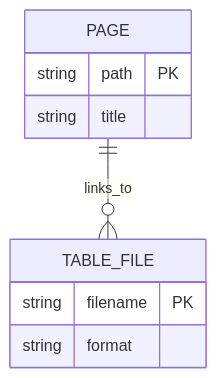
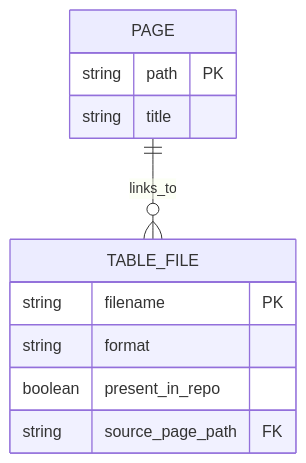
Before and after one commit to cosbykit-afk/R-Theory: the third of 3 diagrams in docs/architecture.md, drawn with Mermaid. The commit also changed other lines of this file, not shown here.

Commit message:
docs: improve architecture diagrams — grounded context, DFD, and ERD

````diff
--- a/docs/architecture.md
+++ b/docs/architecture.md
@@ -48,12 +51,14 @@
 ```mermaid
 erDiagram
     PAGE {
         string path PK
         string title
     }
     TABLE_FILE {
         string filename PK
         string format
+        boolean present_in_repo
+        string source_page_path FK
     }
     PAGE ||--o{ TABLE_FILE : links_to
 ```
````
